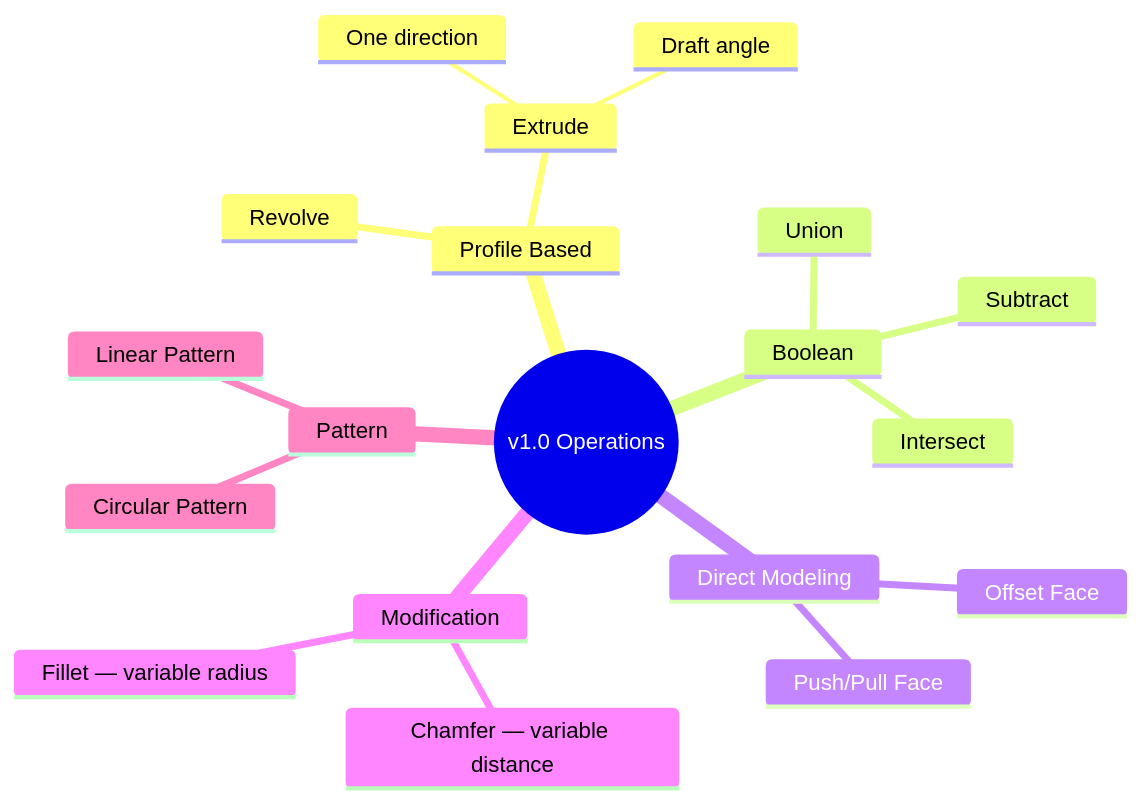
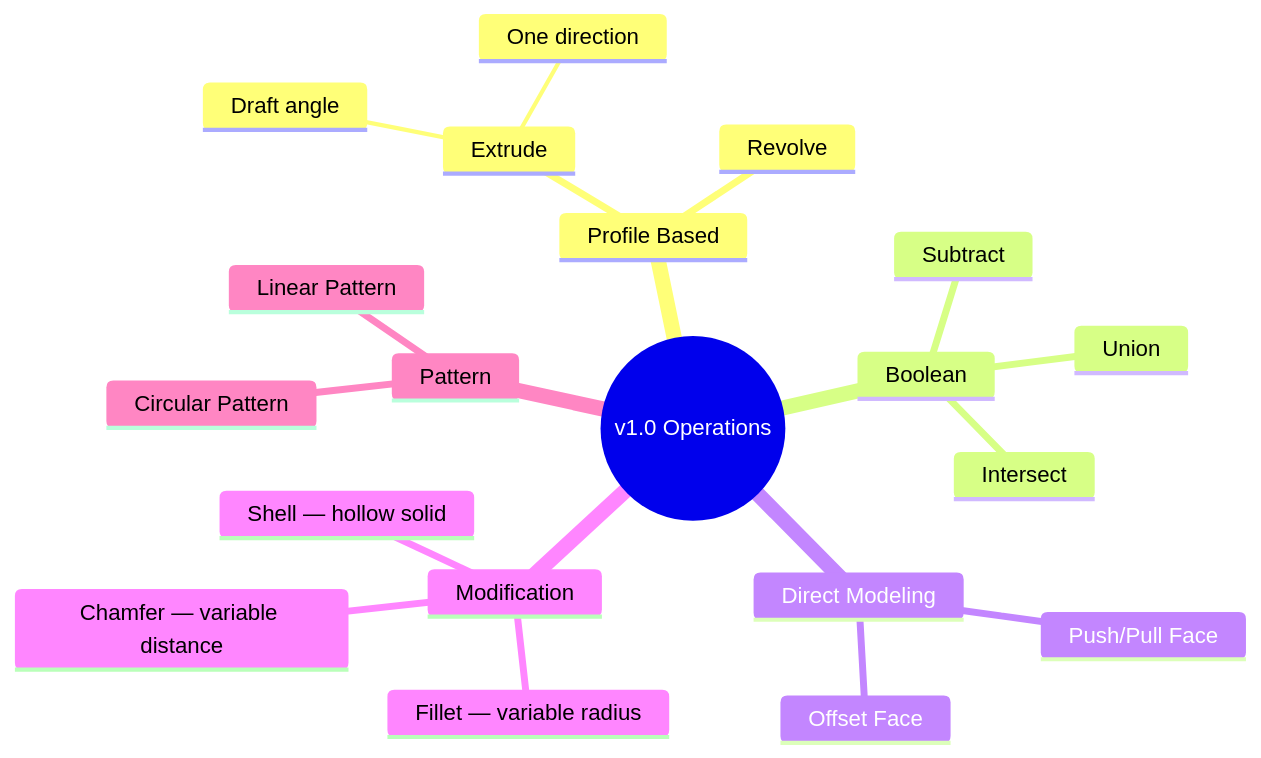
The ninth of 34 diagrams in docs/SPECIFICATION.md (andrejvysny/OneCAD), drawn with Mermaid before and after one commit. The commit also changed other lines of this file and 2 other files, not shown here.

````diff
--- a/docs/SPECIFICATION.md
+++ b/docs/SPECIFICATION.md
@@ -1438,22 +1600,23 @@
 ```mermaid
 mindmap
   root((v1.0 Operations))
     Profile Based
       Extrude
         One direction
         Draft angle
       Revolve
     Boolean
       Union
       Subtract
       Intersect
     Direct Modeling
       Push/Pull Face
       Offset Face
     Modification
       Fillet — variable radius
       Chamfer — variable distance
+      Shell — hollow solid
     Pattern
       Linear Pattern
       Circular Pattern
 ```
````
